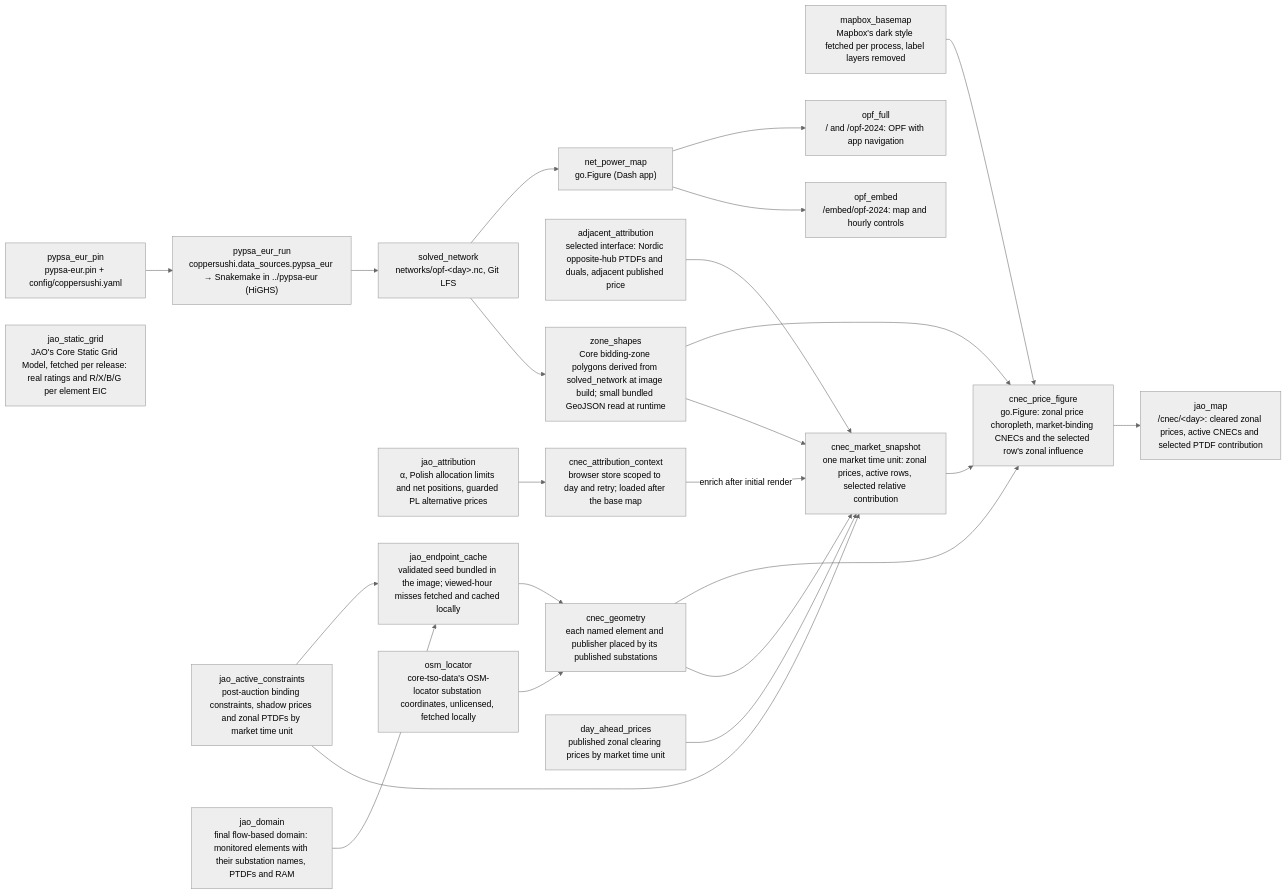
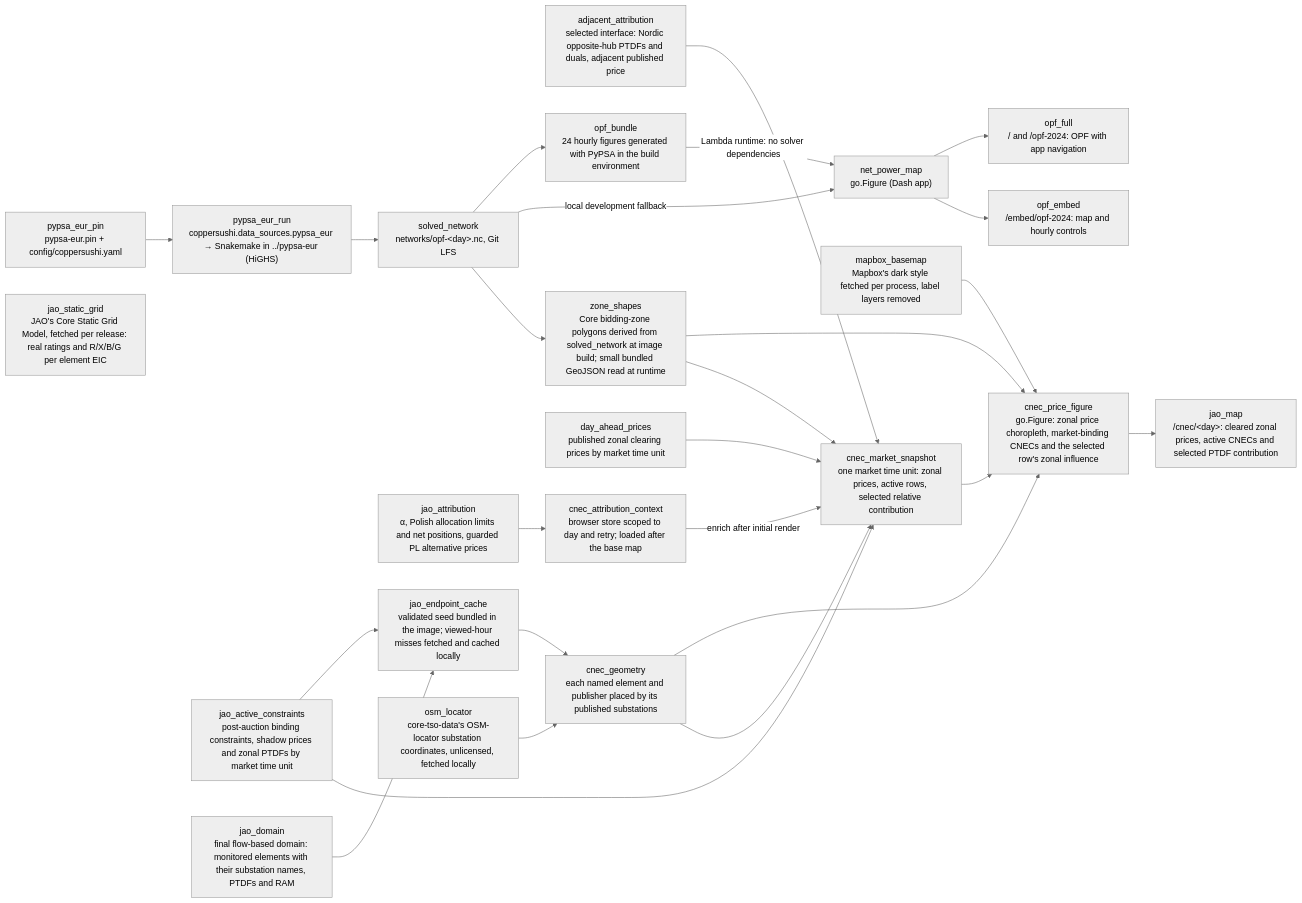
Before and after one commit to zoltanmaric/coppersushi: the diagram in wiki/sushi-2.md, drawn with Mermaid (neutral theme). The commit also changed 7 other files, not shown here.

Commit message:
Compose separate bundle-build and serving environments

````diff
--- a/wiki/sushi-2.md
+++ b/wiki/sushi-2.md
@@ -17,52 +17,55 @@
 ```mermaid
 flowchart LR
     classDef planned stroke-dasharray: 5 5,stroke:#888,fill:none
 
     net_power_map["net_power_map<br/>go.Figure (Dash app)"]
 
     pypsa_eur_pin["pypsa_eur_pin<br/>pypsa-eur.pin + config/coppersushi.yaml"]
     pypsa_eur_run["pypsa_eur_run<br/>coppersushi.data_sources.pypsa_eur → Snakemake in ../pypsa-eur (HiGHS)"]
     solved_network["solved_network<br/>networks/opf-&lt;day&gt;.nc, Git LFS"]
     jao_active_constraints["jao_active_constraints<br/>post-auction binding constraints, shadow prices and zonal PTDFs by market time unit"]
     adjacent_attribution["adjacent_attribution<br/>selected interface: Nordic opposite-hub PTDFs and duals, adjacent published price"]
     jao_attribution["jao_attribution<br/>α, Polish allocation limits and net positions, guarded PL alternative prices"]
     cnec_attribution_context["cnec_attribution_context<br/>browser store scoped to day and retry; loaded after the base map"]
     jao_domain["jao_domain<br/>final flow-based domain: monitored elements with their substation names, PTDFs and RAM"]
     jao_endpoint_cache["jao_endpoint_cache<br/>validated seed bundled in the image; viewed-hour misses fetched and cached locally"]
     osm_locator["osm_locator<br/>core-tso-data's OSM-locator substation coordinates, unlicensed, fetched locally"]
     cnec_geometry["cnec_geometry<br/>each named element and publisher placed by its published substations"]
     zone_shapes["zone_shapes<br/>Core bidding-zone polygons derived from solved_network at image build; small bundled GeoJSON read at runtime"]
     mapbox_basemap["mapbox_basemap<br/>Mapbox's dark style fetched per process, label layers removed"]
 
     jao_static_grid["jao_static_grid<br/>JAO's Core Static Grid Model, fetched per release: real ratings and R/X/B/G per element EIC"]
 
     day_ahead_prices["day_ahead_prices<br/>published zonal clearing prices by market time unit"]
     cnec_market_snapshot["cnec_market_snapshot<br/>one market time unit: zonal prices, active rows, selected relative contribution"]
     cnec_price_figure["cnec_price_figure<br/>go.Figure: zonal price choropleth, market-binding CNECs and the selected row's zonal influence"]
     jao_map["jao_map<br/>/cnec/&lt;day&gt;: cleared zonal prices, active CNECs and selected PTDF contribution"]
 
     pypsa_eur_pin --> pypsa_eur_run
     pypsa_eur_run --> solved_network
     opf_full["opf_full<br/>/ and /opf-2024: OPF with app navigation"]
     opf_embed["opf_embed<br/>/embed/opf-2024: map and hourly controls"]
     net_power_map --> opf_full
     net_power_map --> opf_embed
-    solved_network --> net_power_map
+    opf_bundle["opf_bundle<br/>24 hourly figures generated with PyPSA in the build environment"]
+    solved_network --> opf_bundle
+    opf_bundle -->|Lambda runtime: no solver dependencies| net_power_map
+    solved_network -->|local development fallback| net_power_map
     solved_network --> zone_shapes
     zone_shapes --> cnec_price_figure
     jao_domain --> jao_endpoint_cache
     jao_active_constraints --> jao_endpoint_cache
     jao_endpoint_cache --> cnec_geometry
     osm_locator --> cnec_geometry
     cnec_geometry --> cnec_price_figure
     mapbox_basemap --> cnec_price_figure
     adjacent_attribution --> cnec_market_snapshot
     jao_attribution --> cnec_attribution_context
     cnec_attribution_context -->|enrich after initial render| cnec_market_snapshot
     cnec_geometry --> cnec_market_snapshot
     zone_shapes --> cnec_market_snapshot
     jao_active_constraints --> cnec_market_snapshot
     day_ahead_prices --> cnec_market_snapshot
     cnec_market_snapshot --> cnec_price_figure
     cnec_price_figure --> jao_map
 ```
````
